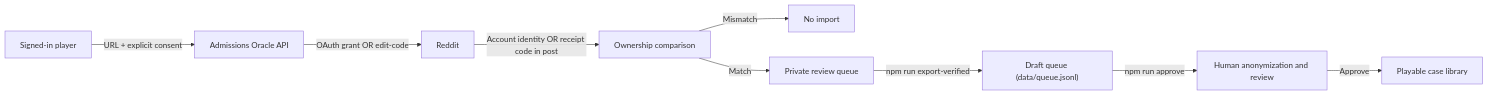
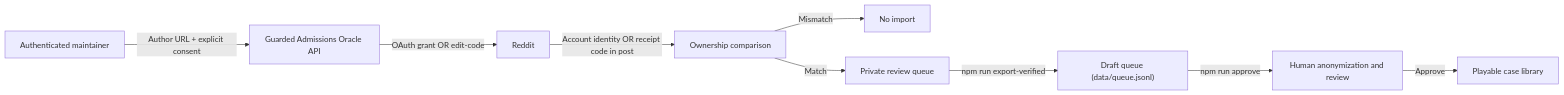
The diagram in docs/CONSENT_IMPORT.md (ChromedomeV12/CollegeAdmissionsGuessingGame), drawn with Mermaid before and after one commit. The commit also changed other lines of this file and 20 other files, not shown here.

First line of the commit message:
feat: add fair retry and practice flow

````diff
--- a/docs/CONSENT_IMPORT.md
+++ b/docs/CONSENT_IMPORT.md
@@ -16,11 +16,11 @@
 ```mermaid
 flowchart LR
-  U["Signed-in player"] -->|"URL + explicit consent"| A["Admissions Oracle API"]
+  U["Authenticated maintainer"] -->|"Author URL + explicit consent"| A["Guarded Admissions Oracle API"]
   A -->|"OAuth grant OR edit-code"| R["Reddit"]
   R -->|"Account identity OR receipt code in post"| O["Ownership comparison"]
   O -->|"Mismatch"| X["No import"]
   O -->|"Match"| Q["Private review queue"]
   Q -->|"npm run export-verified"| E["Draft queue (data/queue.jsonl)"]
   E -->|"npm run approve"| H["Human anonymization and review"]
   H -->|"Approve"| G["Playable case library"]
 ```
````
